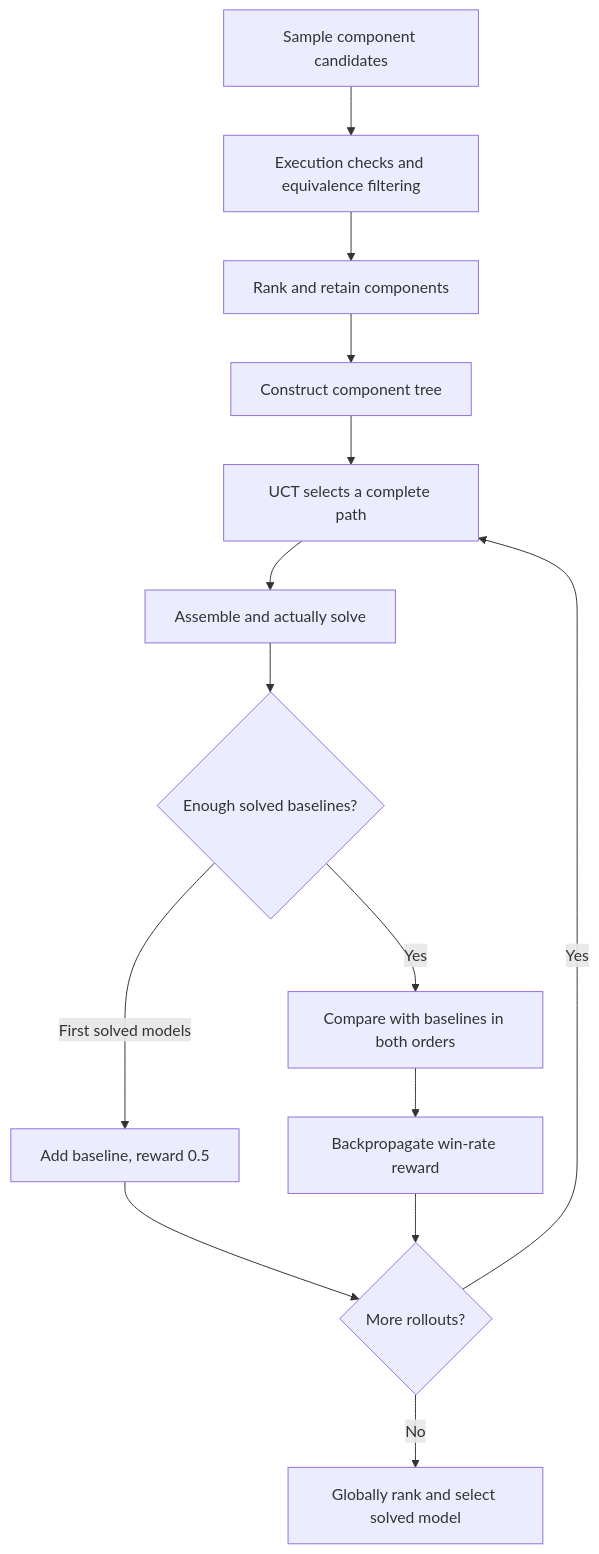
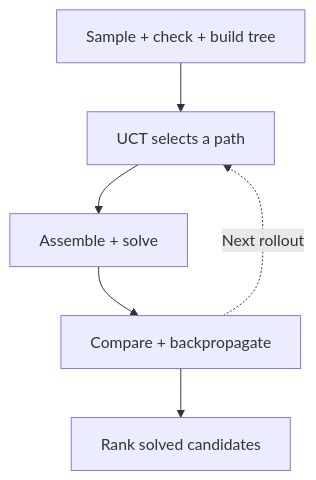
Before and after one commit to Fangziyang0910/LLM4OM: the diagram in website/content/en/autoformulation.md, drawn with Mermaid. The commit also changed other lines of this file and 231 other files, not shown here.

````diff
--- a/website/content/en/autoformulation.md
+++ b/website/content/en/autoformulation.md
@@ -11,16 +11,10 @@
 ```mermaid
 flowchart TB
-  Sample["Sample component candidates"] --> Check["Execution checks and equivalence filtering"]
-  Check --> Rank["Rank and retain components"]
-  Rank --> Tree["Construct component tree"]
-  Tree --> Select["UCT selects a complete path"]
-  Select --> Solve["Assemble and actually solve"]
-  Solve --> Baseline{"Enough solved baselines?"}
-  Baseline -->|First solved models| Warmup["Add baseline, reward 0.5"]
-  Baseline -->|Yes| Compare["Compare with baselines in both orders"]
-  Compare --> Back["Backpropagate win-rate reward"]
-  Warmup --> More{"More rollouts?"}
-  Back --> More
-  More -->|Yes| Select
-  More -->|No| Final["Globally rank and select solved model"]
+  Sample["Sample + check + build tree"]
+  Select["UCT selects a path"]
+  Solve["Assemble + solve"]
+  Compare["Compare + backpropagate"]
+  Final["Rank solved candidates"]
+  Sample --> Select --> Solve --> Compare --> Final
+  Compare -.->|Next rollout| Select
 ```
````
